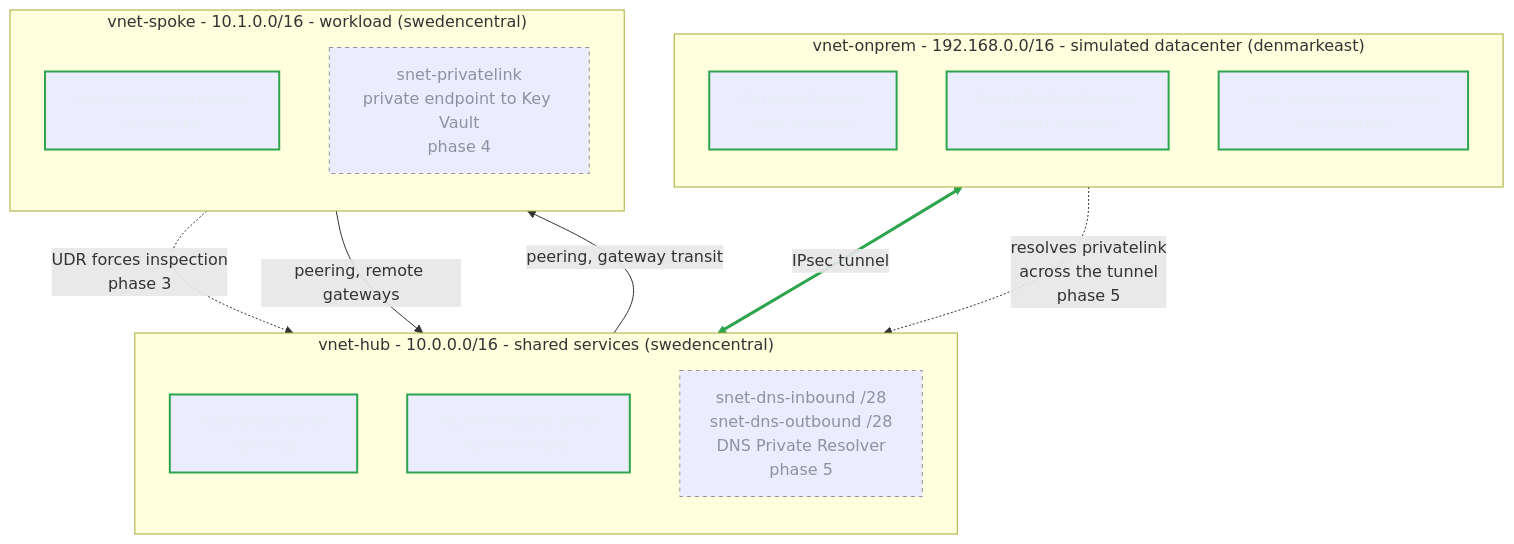
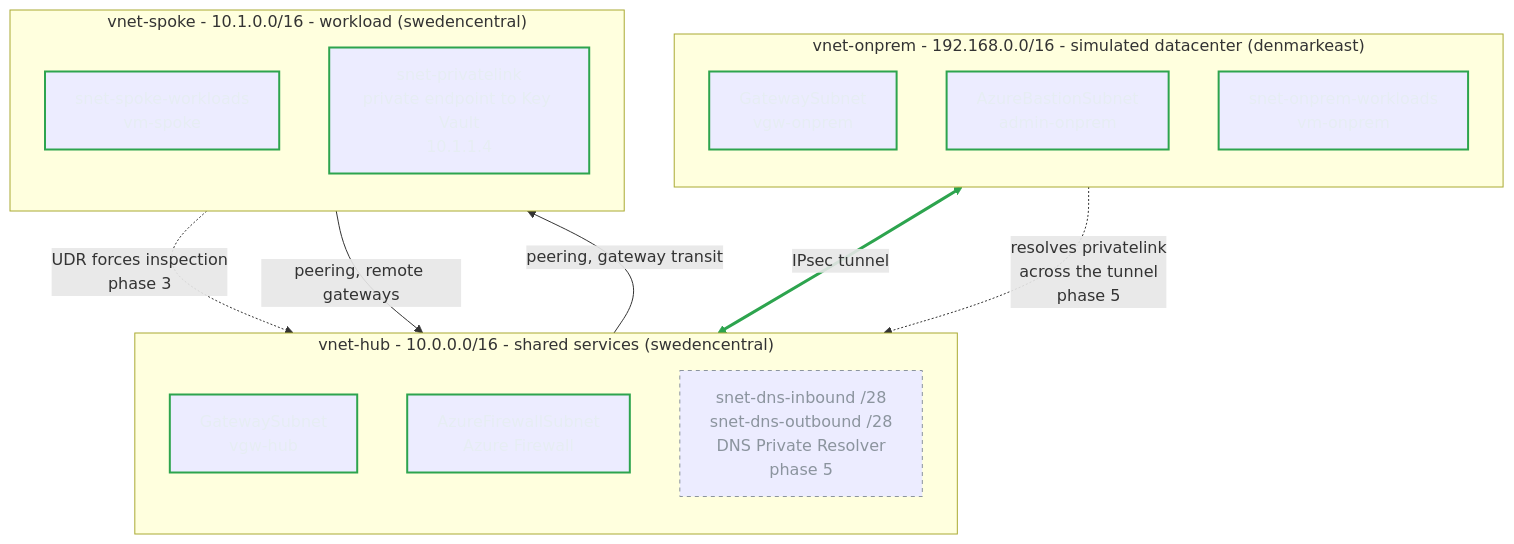
One commit to sindredg/hybrid-network-az changed the diagram in README.md. Above: the diagram before and after it, drawn with Mermaid. The commit also changed other lines of this file and 18 other files, not shown here.

````diff
--- a/README.md
+++ b/README.md
@@ -31,34 +31,34 @@
 ```mermaid
 flowchart TB
     subgraph OP["vnet-onprem - 192.168.0.0/16 - simulated datacenter (denmarkeast)"]
         direction TB
         OGW["GatewaySubnet<br/>vgw-onprem"]
         HBA["AzureBastionSubnet<br/>admin-onprem"]
         OVM["snet-onprem-workloads<br/>vm-onprem"]
     end
 
     subgraph HUB["vnet-hub - 10.0.0.0/16 - shared services (swedencentral)"]
         direction TB
         HGW["GatewaySubnet<br/>vgw-hub"]
         HFW["AzureFirewallSubnet<br/>Azure Firewall"]
         HDN["snet-dns-inbound /28<br/>snet-dns-outbound /28<br/>DNS Private Resolver<br/>phase 5"]
     end
 
     subgraph SP["vnet-spoke - 10.1.0.0/16 - workload (swedencentral)"]
         direction TB
         SVM["snet-spoke-workloads<br/>vm-spoke"]
-        SPL["snet-privatelink<br/>private endpoint to Key Vault<br/>phase 4"]
+        SPL["snet-privatelink<br/>private endpoint to Key Vault<br/>10.1.1.4"]
     end
 
     OGW <-->|"IPsec tunnel"| HGW
     HUB -->|"peering, gateway transit"| SP
     SP -->|"peering, remote gateways"| HUB
     SVM -.->|"UDR forces inspection<br/>phase 3"| HFW
     OVM -.->|"resolves privatelink<br/>across the tunnel<br/>phase 5"| HDN
 
     classDef built stroke:#2da44e,stroke-width:2px,color:#e6edf3
     classDef planned stroke:#8b949e,stroke-width:1px,stroke-dasharray:4 4,color:#8b949e
-    class OGW,OVM,HGW,HBA,SVM,HFW built
-    class HDN,SPL planned
+    class OGW,OVM,HGW,HBA,SVM,HFW,SPL built
+    class HDN planned
     linkStyle 0 stroke-width:3px,stroke:#2da44e
 ```
````
